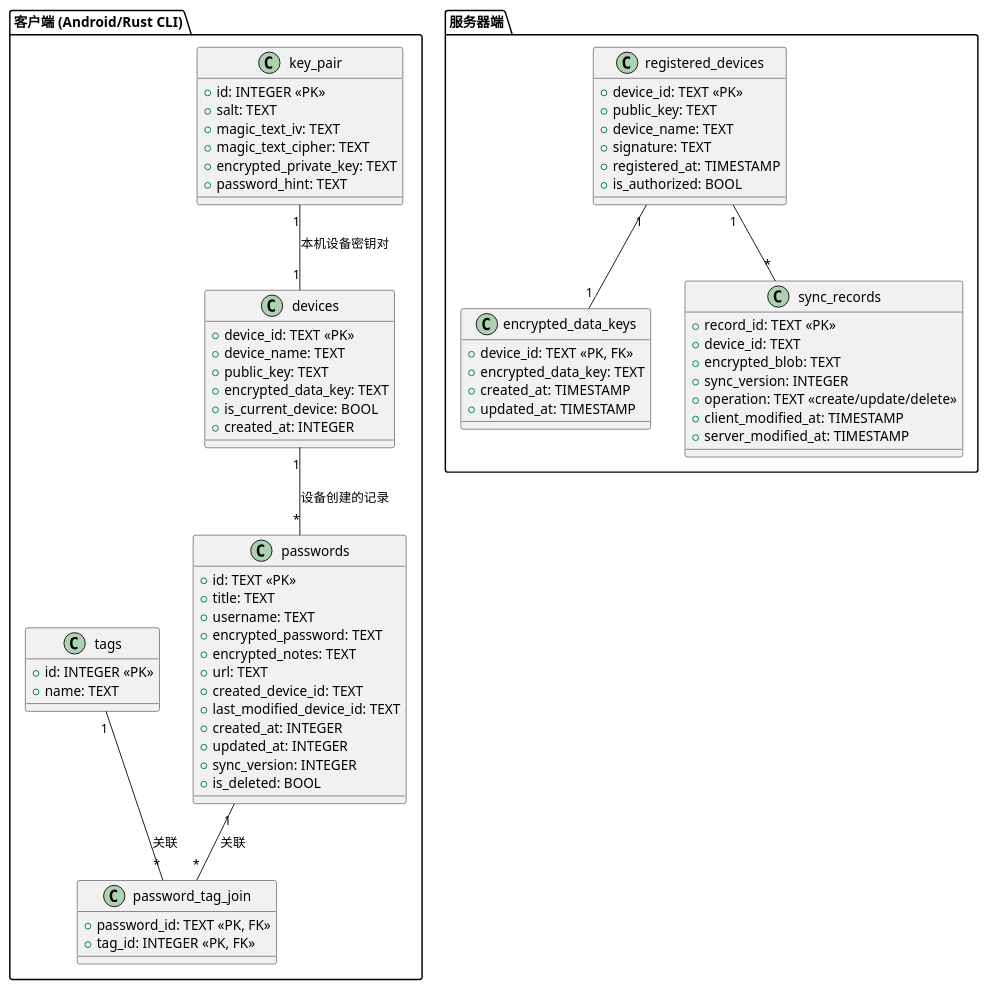
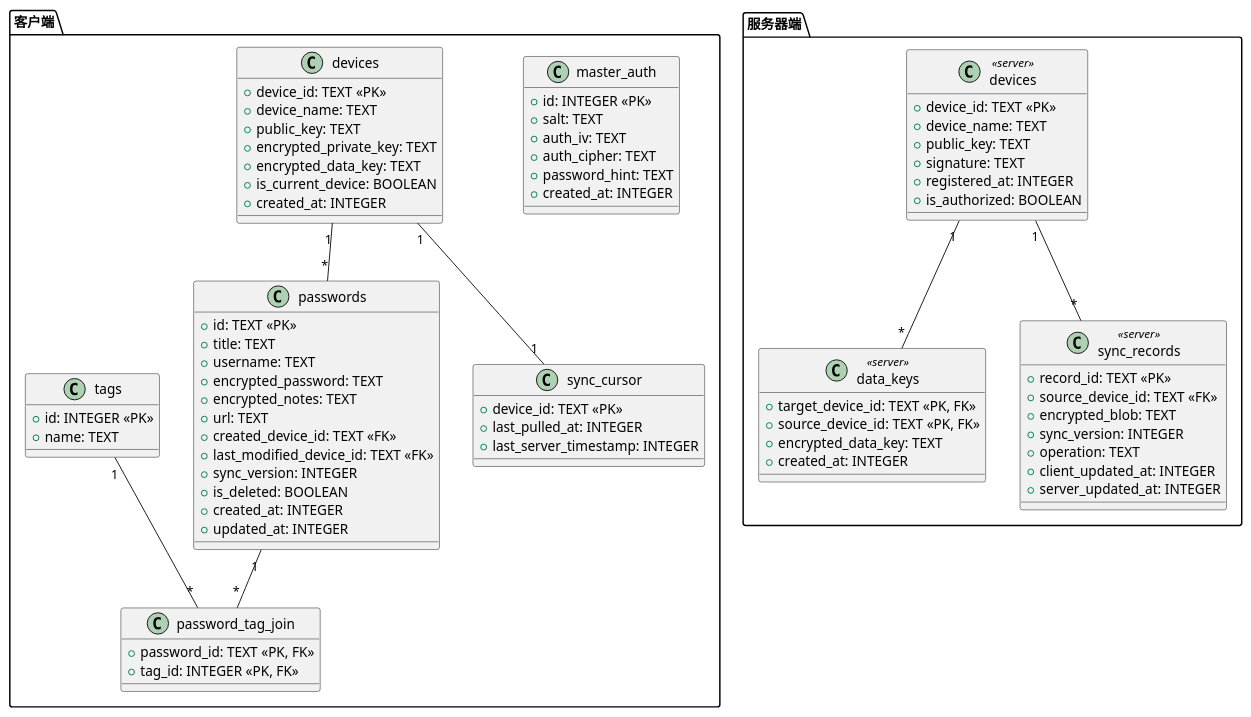
The diagram in .design/关系表.iuml (zxionf/vlt), drawn with PlantUML before and after one commit. The commit also changed 9 other files, not shown here.

```diff
--- a/.design/关系表.iuml
+++ b/.design/关系表.iuml
@@ -1,85 +1,94 @@
 @startuml
 ' 客户端数据库表
-package "客户端 (Android/Rust CLI)" {
-    class key_pair {
+package "客户端" {
+    class master_auth {
         + id: INTEGER <<PK>>
         + salt: TEXT
-        + magic_text_iv: TEXT
-        + magic_text_cipher: TEXT
-        + encrypted_private_key: TEXT
+        + auth_iv: TEXT
+        + auth_cipher: TEXT
         + password_hint: TEXT
+        + created_at: INTEGER
     }
 
     class devices {
         + device_id: TEXT <<PK>>
         + device_name: TEXT
         + public_key: TEXT
+        + encrypted_private_key: TEXT
         + encrypted_data_key: TEXT
-        + is_current_device: BOOL
+        + is_current_device: BOOLEAN
         + created_at: INTEGER
     }
 
     class passwords {
         + id: TEXT <<PK>>
         + title: TEXT
         + username: TEXT
         + encrypted_password: TEXT
         + encrypted_notes: TEXT
         + url: TEXT
-        + created_device_id: TEXT
-        + last_modified_device_id: TEXT
+        + created_device_id: TEXT <<FK>>
+        + last_modified_device_id: TEXT <<FK>>
+        + sync_version: INTEGER
+        + is_deleted: BOOLEAN
         + created_at: INTEGER
         + updated_at: INTEGER
-        + sync_version: INTEGER
-        + is_deleted: BOOL
     }
 
     class tags {
         + id: INTEGER <<PK>>
         + name: TEXT
     }
 
     class password_tag_join {
         + password_id: TEXT <<PK, FK>>
         + tag_id: INTEGER <<PK, FK>>
     }
+
+    class sync_cursor {
+        + device_id: TEXT <<PK>>
+        + last_pulled_at: INTEGER
+        + last_server_timestamp: INTEGER
+    }
+
     ' 客户端表关系
-    key_pair "1" -- "1" devices : 本机设备密钥对
-    devices "1" -- "*" passwords : 设备创建的记录
-    passwords "1" -- "*" password_tag_join : 关联
-    tags "1" -- "*" password_tag_join : 关联
+    devices "1" -- "*" passwords
+    passwords "1" -- "*" password_tag_join
+    tags "1" -- "*" password_tag_join
+    devices "1" -- "1" sync_cursor
 }
 
-' 服务器端数据库表（同步服务）
+' 服务器端数据库表
 package "服务器端" {
-    class registered_devices {
+    class devices <<server>> {
         + device_id: TEXT <<PK>>
+        + device_name: TEXT
         + public_key: TEXT
-        + device_name: TEXT
         + signature: TEXT
-        + registered_at: TIMESTAMP
-        + is_authorized: BOOL
+        + registered_at: INTEGER
+        + is_authorized: BOOLEAN
     }
 
-    class encrypted_data_keys {
-        + device_id: TEXT <<PK, FK>>
+    class data_keys <<server>> {
+        + target_device_id: TEXT <<PK, FK>>
+        + source_device_id: TEXT <<PK, FK>>
         + encrypted_data_key: TEXT
-        + created_at: TIMESTAMP
-        + updated_at: TIMESTAMP
+        + created_at: INTEGER
     }
 
-    class sync_records {
+    class sync_records <<server>> {
         + record_id: TEXT <<PK>>
-        + device_id: TEXT
+        + source_device_id: TEXT <<FK>>
         + encrypted_blob: TEXT
         + sync_version: INTEGER
-        + operation: TEXT <<create/update/delete>>
-        + client_modified_at: TIMESTAMP
-        + server_modified_at: TIMESTAMP
+        + operation: TEXT
+        + client_updated_at: INTEGER
+        + server_updated_at: INTEGER
     }
 
-    registered_devices "1" -- "1" encrypted_data_keys
-    registered_devices "1" -- "*" sync_records
+    ' 服务器端表关系
+    devices "1" -- "*" data_keys
+    devices "1" -- "*" sync_records
 }
 
 @enduml
```
